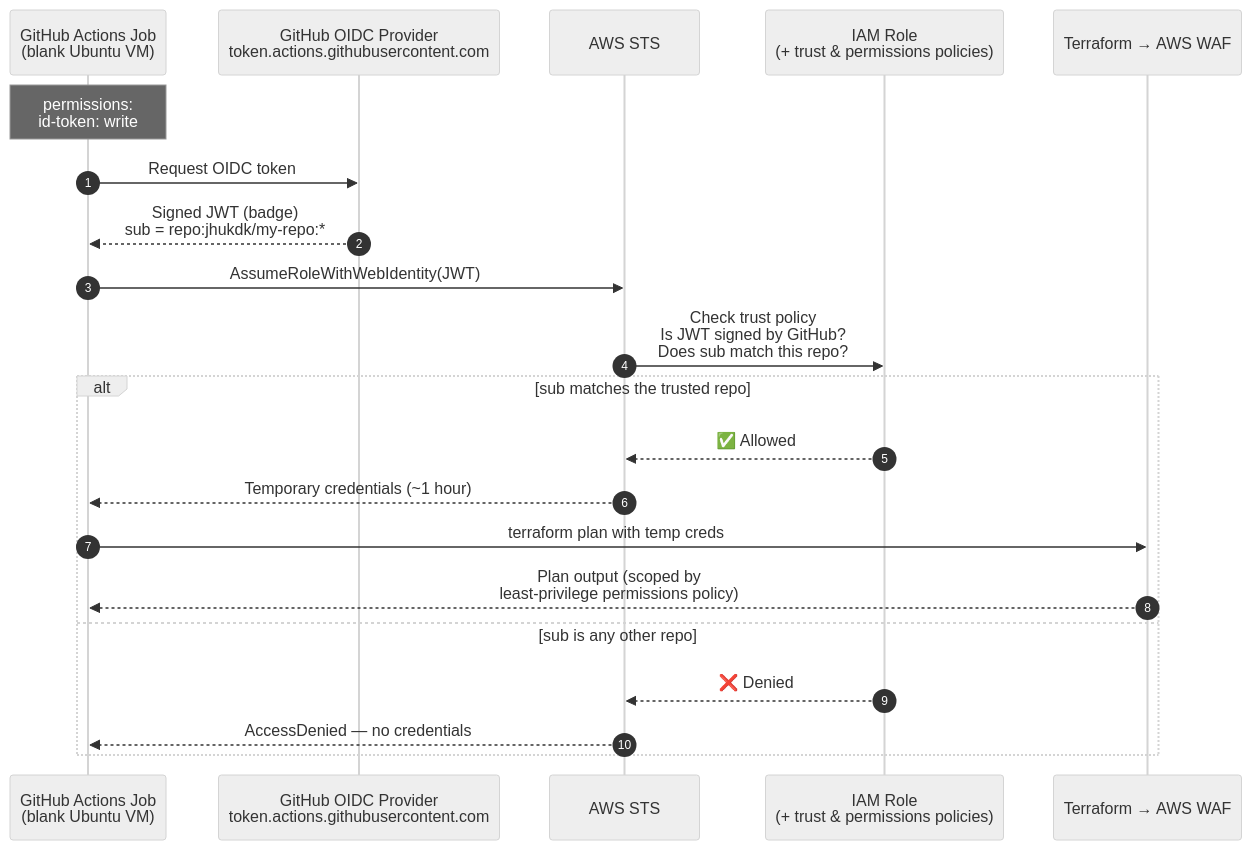
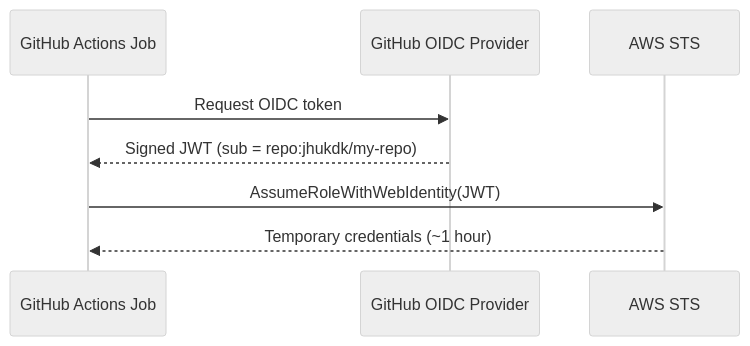
The diagram in site/content/posts/no-more-long-lived-keys-github-actions-aws-oidc/index.md (jhukdk/blog-migration), drawn with Mermaid (neutral theme) before and after one commit. The commit also changed other lines of this file, not shown here.

First line of the commit message:
content: revise OIDC post tone and simplify diagram

```diff
--- a/site/content/posts/no-more-long-lived-keys-github-actions-aws-oidc/index.md
+++ b/site/content/posts/no-more-long-lived-keys-github-actions-aws-oidc/index.md
@@ -85,24 +47,11 @@
 {{< mermaid >}}
 sequenceDiagram
-    autonumber
-    participant Job as GitHub Actions Job<br/>(blank Ubuntu VM)
-    participant GH as GitHub OIDC Provider<br/>token.actions.githubusercontent.com
-    participant STS as AWS STS
-    participant Role as IAM Role<br/>(+ trust & permissions policies)
-    participant TF as Terraform → AWS WAF
+    participant Job as GitHub Actions Job
+    participant GH as GitHub OIDC Provider
+    participant AWS as AWS STS
 
-    Note over Job: permissions:<br/>id-token: write
     Job->>GH: Request OIDC token
-    GH-->>Job: Signed JWT (badge)<br/>sub = repo:jhukdk/my-repo:*
-    Job->>STS: AssumeRoleWithWebIdentity(JWT)
-    STS->>Role: Check trust policy<br/>Is JWT signed by GitHub?<br/>Does sub match this repo?
-    alt sub matches the trusted repo
-        Role-->>STS: ✅ Allowed
-        STS-->>Job: Temporary credentials (~1 hour)
-        Job->>TF: terraform plan with temp creds
-        TF-->>Job: Plan output (scoped by<br/>least-privilege permissions policy)
-    else sub is any other repo
-        Role-->>STS: ❌ Denied
-        STS-->>Job: AccessDenied — no credentials
-    end
+    GH-->>Job: Signed JWT (sub = repo:jhukdk/my-repo)
+    Job->>AWS: AssumeRoleWithWebIdentity(JWT)
+    AWS-->>Job: Temporary credentials (~1 hour)
 {{< /mermaid >}}
```
